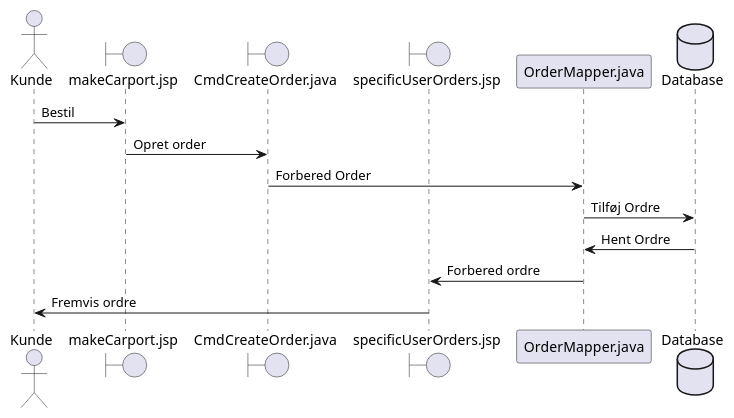
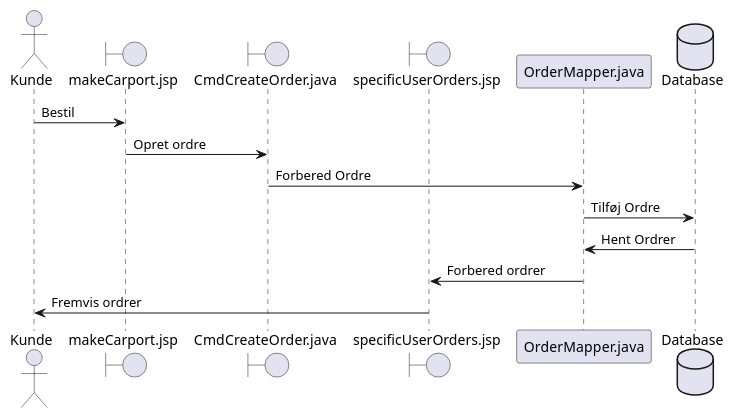
One commit to NikolajX4000/Sem2Exam changed the diagram in src/main/java/UML/SequenceDiagram_PlaceOrder.puml. Above: the diagram before and after it, drawn with PlantUML.

Commit message:
SequenceDiagram_PlaceOrder

```diff
--- a/src/main/java/UML/SequenceDiagram_PlaceOrder.puml
+++ b/src/main/java/UML/SequenceDiagram_PlaceOrder.puml
@@ -1,18 +1,18 @@
 @startuml
 
 actor Kunde
 boundary "makeCarport.jsp" as MC
 boundary "CmdCreateOrder.java" as CCO
 boundary "specificUserOrders.jsp" as SO
 participant "OrderMapper.java" as OM
 database "Database" as DB
 
 Kunde -> MC : Bestil
-MC -> CCO : Opret order
-CCO -> OM : Forbered Order
+MC -> CCO : Opret ordre
+CCO -> OM : Forbered Ordre
 OM -> DB : Tilføj Ordre
-DB -> OM : Hent Ordre
-OM -> SO : Forbered ordre
-SO -> Kunde : Fremvis ordre
+DB -> OM : Hent Ordrer
+OM -> SO : Forbered ordrer
+SO -> Kunde : Fremvis ordrer
 
 @enduml
```
